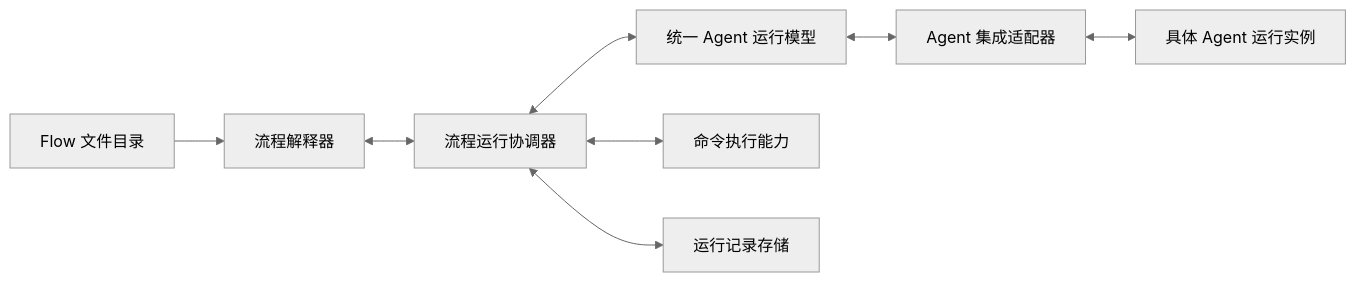
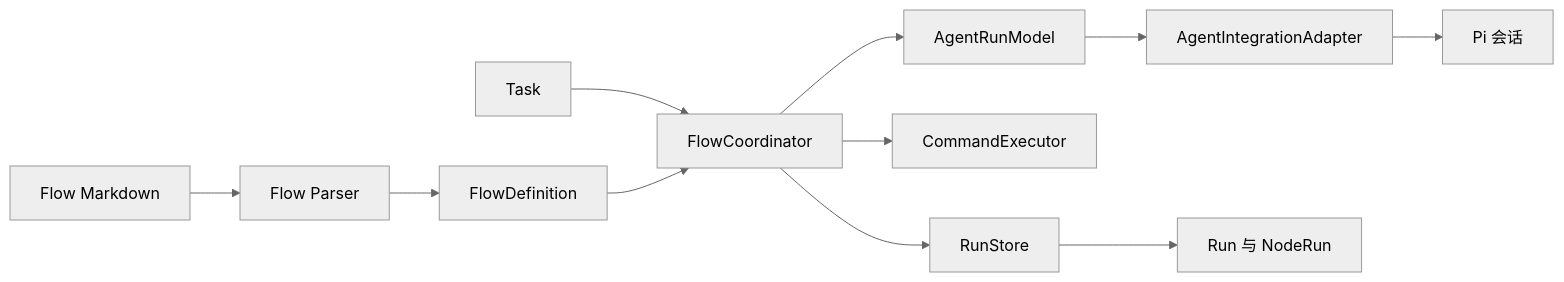
The first of 2 diagrams in docs/agent-flow-runtime-architecture.md (JhihJian/Agent-Flow-Runtime), drawn with Mermaid (neutral theme) before and after one commit. The commit also changed other lines of this file and 3 other files, not shown here.

Commit message:
docs: 重写 Flow Runtime 核心设计

````diff
--- a/docs/agent-flow-runtime-architecture.md
+++ b/docs/agent-flow-runtime-architecture.md
@@ -27,10 +58,13 @@
 ```mermaid
 flowchart LR
-  directory[Flow 文件目录] --> interpreter[流程解释器]
-  interpreter <--> coordinator[流程运行协调器]
-  coordinator <--> agentModel[统一 Agent 运行模型]
-  agentModel <--> adapter[Agent 集成适配器]
-  adapter <--> agent[具体 Agent 运行实例]
-  coordinator <--> command[命令执行能力]
-  coordinator <--> records[运行记录存储]
+  file[Flow Markdown] --> parser[Flow Parser]
+  parser --> definition[FlowDefinition]
+  task[Task] --> coordinator[FlowCoordinator]
+  definition --> coordinator
+  coordinator --> model[AgentRunModel]
+  model --> adapter[AgentIntegrationAdapter]
+  adapter --> pi[Pi 会话]
+  coordinator --> command[CommandExecutor]
+  coordinator --> store[RunStore]
+  store --> records[Run 与 NodeRun]
 ```
````
